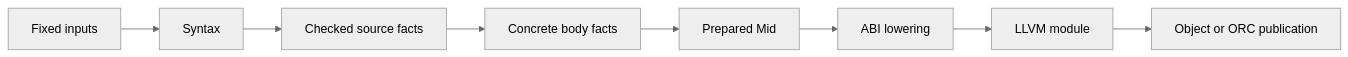
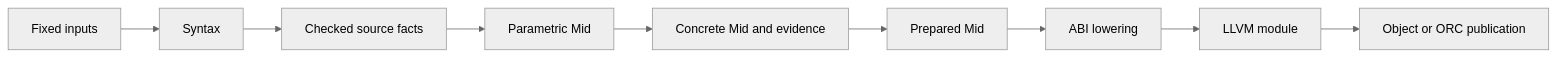
The second of 2 diagrams in docs/design/architecture.md (plew-lang/compiler), drawn with Mermaid (neutral theme) before and after one commit. The commit also changed other lines of this file and 11 other files, not shown here.

Commit message:
Close reviewed architectural handoffs and retain the freshness decision gate

````diff
--- a/docs/design/architecture.md
+++ b/docs/design/architecture.md
@@ -77,10 +77,11 @@
 ```mermaid
 flowchart LR
     input[Fixed inputs] --> parsed[Syntax]
     parsed --> checked[Checked source facts]
-    checked --> instance[Concrete body facts]
+    checked --> parametric[Parametric Mid]
+    parametric --> instance[Concrete Mid and evidence]
     instance --> mid[Prepared Mid]
     mid --> abi[ABI lowering]
     abi --> module[LLVM module]
     module --> native[Object or ORC publication]
 ```
````
